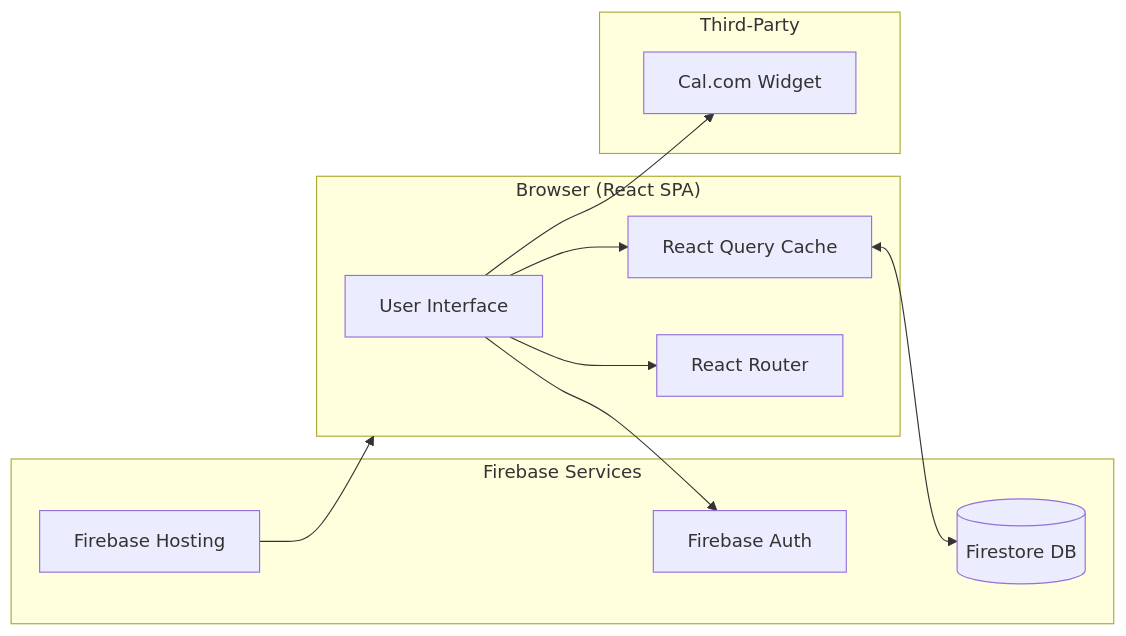
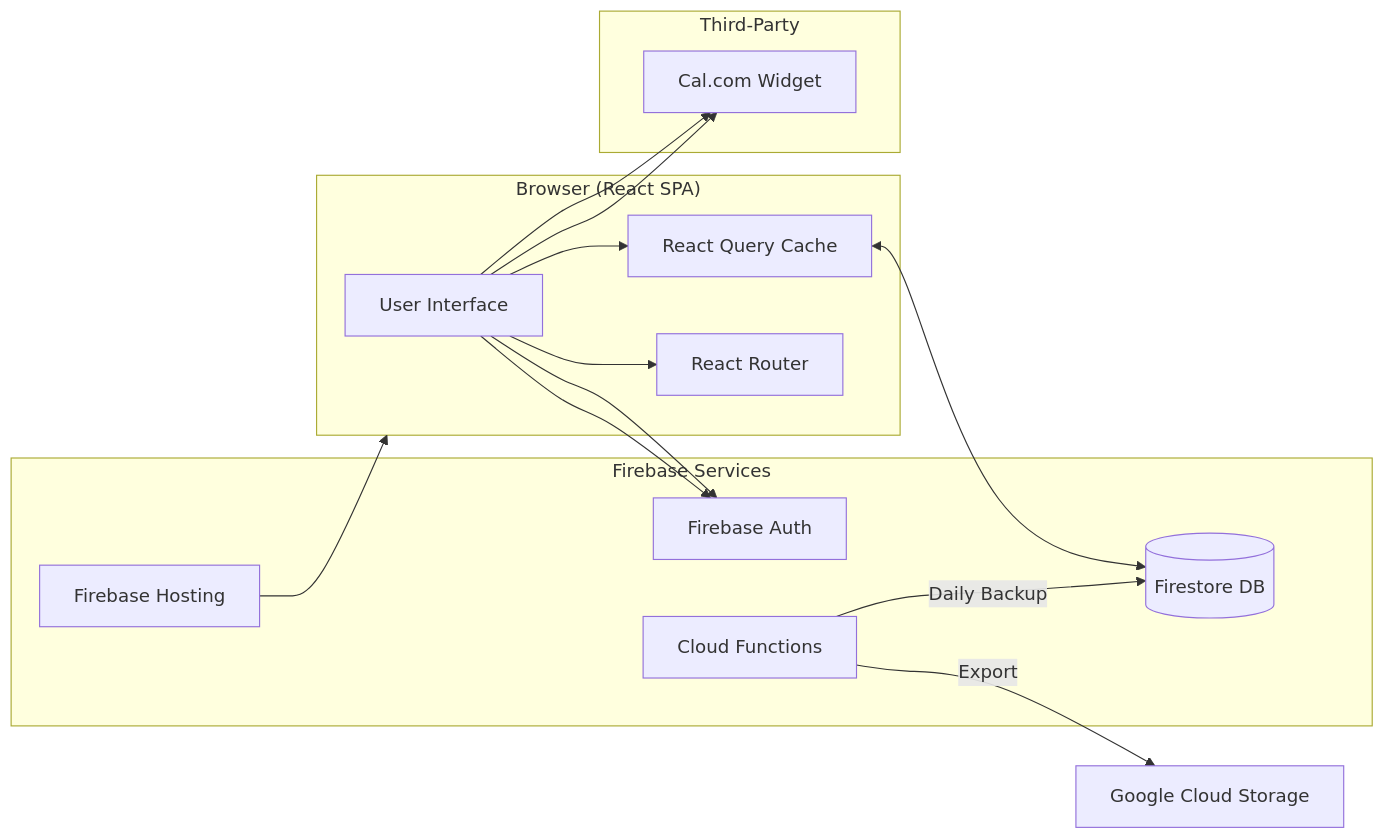
The first of 2 diagrams in ARCHITECTURE.md (Madanzo/Merkadagency), drawn with Mermaid before and after one commit. The commit also changed 37 other files, not shown here.

````diff
--- a/ARCHITECTURE.md
+++ b/ARCHITECTURE.md
@@ -11,25 +11,30 @@
 ```mermaid
 flowchart LR
     subgraph Client["Browser (React SPA)"]
         UI[User Interface]
         RQ[React Query Cache]
         Router[React Router]
     end
     
     subgraph Firebase["Firebase Services"]
         Hosting[Firebase Hosting]
         Auth[Firebase Auth]
         Firestore[(Firestore DB)]
+        Functions[Cloud Functions]
     end
     
     subgraph External["Third-Party"]
         CalCom[Cal.com Widget]
     end
     
     UI --> Router
     UI --> RQ
     RQ <--> Firestore
     UI --> Auth
     UI --> CalCom
+    UI --> Auth
+    UI --> CalCom
     Hosting --> Client
+    Functions -- Daily Backup --> Firestore
+    Functions -- Export --> GCS[Google Cloud Storage]
 ```
````
